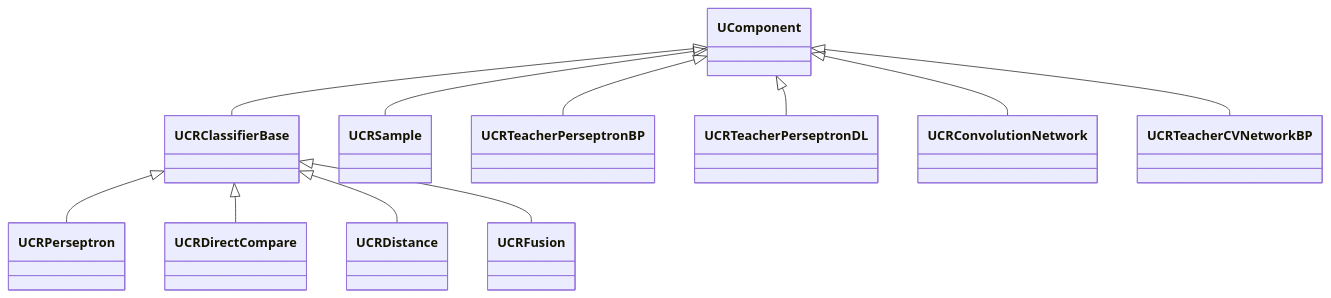
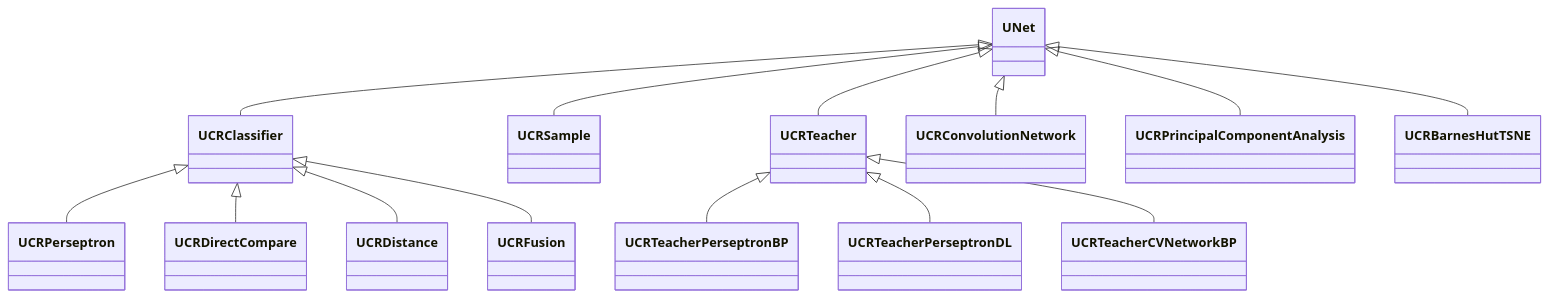
One commit to aicommunity/Rdk-CvBasicLib changed the first of 5 diagrams in Docs/Components/UCRFamily.md. Above: the diagram before and after it, drawn with Mermaid. The commit also changed other lines of this file and 14 other files, not shown here.

````diff
--- a/Docs/Components/UCRFamily.md
+++ b/Docs/Components/UCRFamily.md
@@ -16,13 +16,18 @@
 ```mermaid
 classDiagram
-    UComponent <|-- UCRClassifierBase
-    UCRClassifierBase <|-- UCRPerseptron
-    UCRClassifierBase <|-- UCRDirectCompare
-    UCRClassifierBase <|-- UCRDistance
-    UCRClassifierBase <|-- UCRFusion
-    UComponent <|-- UCRSample
-    UComponent <|-- UCRTeacherPerseptronBP
-    UComponent <|-- UCRTeacherPerseptronDL
-    UComponent <|-- UCRConvolutionNetwork
-    UComponent <|-- UCRTeacherCVNetworkBP
+    UNet <|-- UCRClassifier
+    UCRClassifier <|-- UCRPerseptron
+    UCRClassifier <|-- UCRDirectCompare
+    UCRClassifier <|-- UCRDistance
+    UCRClassifier <|-- UCRFusion
+
+    UNet <|-- UCRSample
+    UNet <|-- UCRTeacher
+    UCRTeacher <|-- UCRTeacherPerseptronBP
+    UCRTeacher <|-- UCRTeacherPerseptronDL
+    UCRTeacher <|-- UCRTeacherCVNetworkBP
+
+    UNet <|-- UCRConvolutionNetwork
+    UNet <|-- UCRPrincipalComponentAnalysis
+    UNet <|-- UCRBarnesHutTSNE
 ```
````
